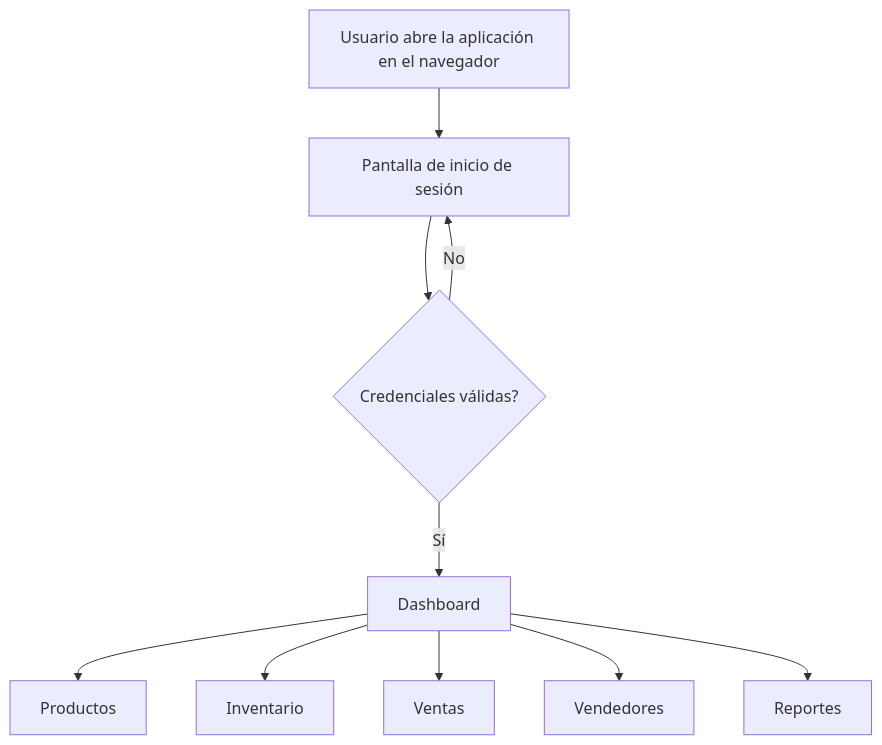
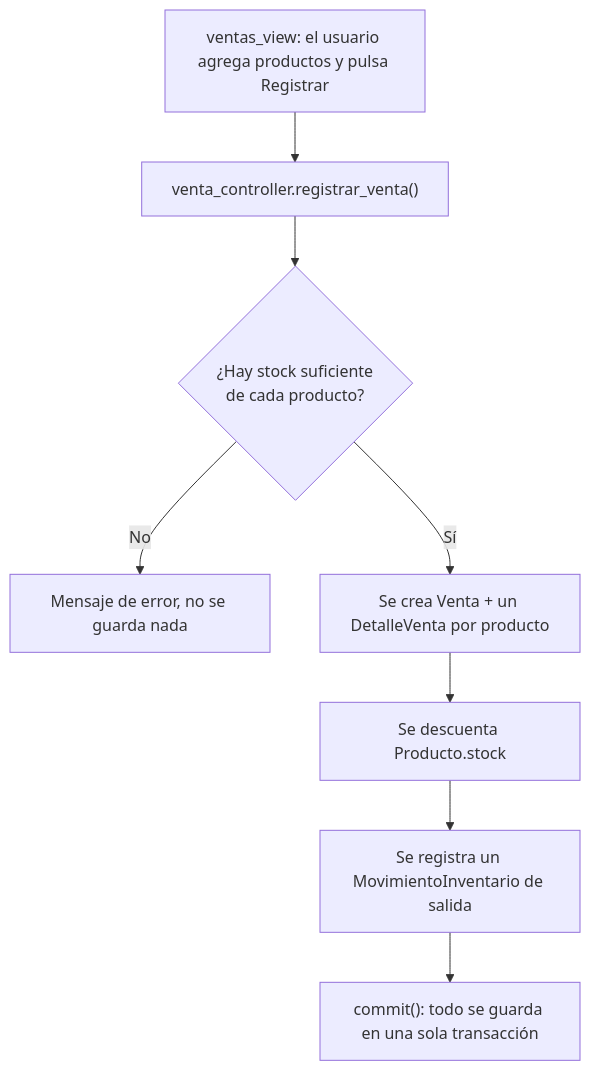
One commit to VITIDEV06/ERP-GUMMY changed the second of 3 diagrams in README.md. Above: the diagram before and after it, drawn with Mermaid. The commit also changed other lines of this file and 33 other files, not shown here.

````diff
--- a/README.md
+++ b/README.md
@@ -117,12 +163,10 @@
 ```mermaid
 flowchart TD
-    A["Usuario abre la aplicación en el navegador"] --> B["Pantalla de inicio de sesión"]
-    B --> C{"Credenciales válidas?"}
-    C -- "No" --> B
-    C -- "Sí" --> D["Dashboard"]
-    D --> E["Productos"]
-    D --> F["Inventario"]
-    D --> G["Ventas"]
-    D --> H["Vendedores"]
-    D --> I["Reportes"]
+    A["ventas_view: el usuario agrega productos y pulsa Registrar"] --> B["venta_controller.registrar_venta()"]
+    B --> C{"¿Hay stock suficiente<br/>de cada producto?"}
+    C -- "No" --> D["Mensaje de error, no se guarda nada"]
+    C -- "Sí" --> E["Se crea Venta + un DetalleVenta por producto"]
+    E --> F["Se descuenta Producto.stock"]
+    F --> G["Se registra un MovimientoInventario de salida"]
+    G --> H["commit(): todo se guarda en una sola transacción"]
 ```
````
